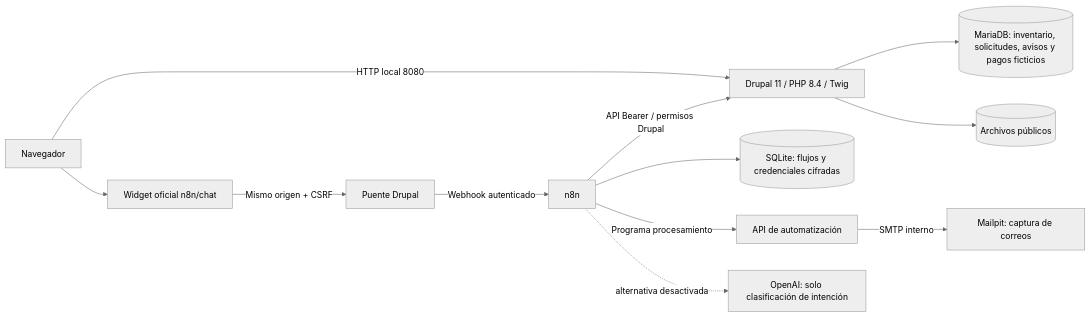
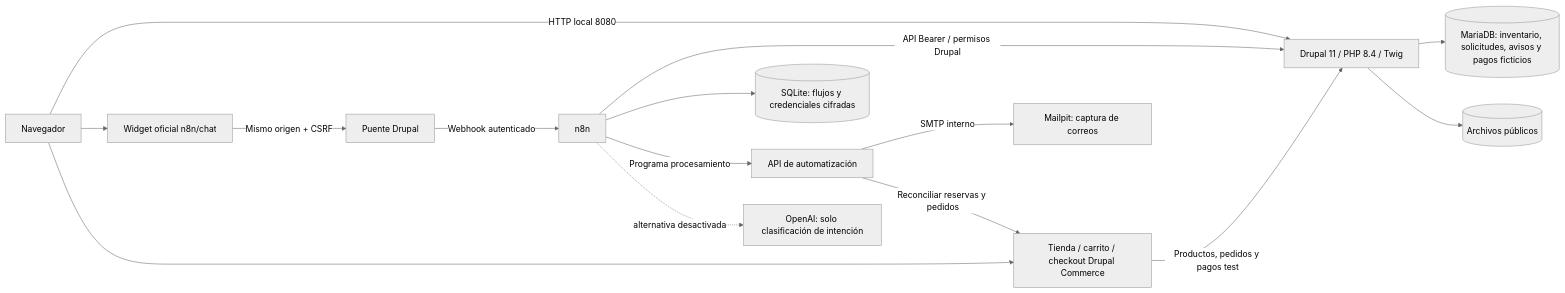
One commit to devmijaelflores-boop/hostal-roma-drupal-n8n changed the diagram in docs/arquitectura.md. Above: the diagram before and after it, drawn with Mermaid (neutral theme). The commit also changed other lines of this file and 56 other files, not shown here.

Commit message:
feat: tienda Drupal Commerce con carrito, checkout y automatización n8n

````diff
--- a/docs/arquitectura.md
+++ b/docs/arquitectura.md
@@ -3,14 +3,17 @@
 ```mermaid
 flowchart LR
   U[Navegador] -->|HTTP local 8080| D[Drupal 11 / PHP 8.4 / Twig]
   U --> W[Widget oficial n8n/chat]
   W -->|Mismo origen + CSRF| P[Puente Drupal]
   P -->|Webhook autenticado| N[n8n]
   N -->|API Bearer / permisos Drupal| D
+  U --> T[Tienda / carrito / checkout Drupal Commerce]
+  T -->|Productos, pedidos y pagos test| D
   D --> M[(MariaDB: inventario, solicitudes, avisos y pagos ficticios)]
   D --> F[(Archivos públicos)]
   N --> S[(SQLite: flujos y credenciales cifradas)]
   N -->|Programa procesamiento| A[API de automatización]
   A -->|SMTP interno| C[Mailpit: captura de correos]
+  A -->|Reconciliar reservas y pedidos| T
   N -. alternativa desactivada .-> O[OpenAI: solo clasificación de intención]
 ```
````
